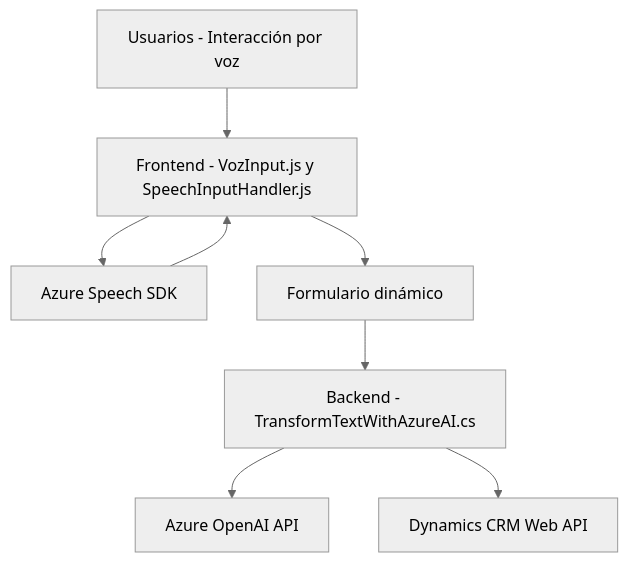
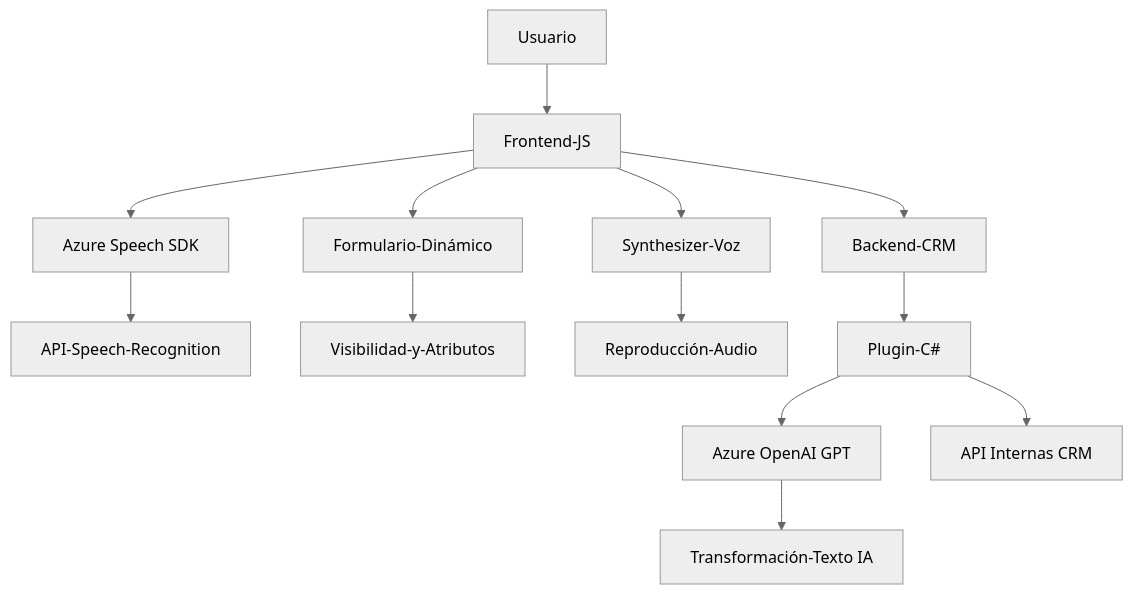
The diagram in README.md (blopezdm/NETCORE_BILBAO2025), drawn with Mermaid (neutral theme) before and after one commit. The commit also changed other lines of this file, not shown here.

````diff
--- a/README.md
+++ b/README.md
@@ -37,18 +59,15 @@
 ```mermaid
 graph TD
-    A["Frontend - VozInput.js y SpeechInputHandler.js"]
-    B["Backend - TransformTextWithAzureAI.cs"]
-    C["Azure Speech SDK"]
-    D["Azure OpenAI API"]
-    E["Dynamics CRM Web API"]
-    F["Formulario dinámico"]
-    G["Usuarios - Interacción por voz"]
-
-    G --> A
-    A --> F
-    F --> B
-    A --> C
-    B --> D
-    B --> E
-    C --> A
+    A["Usuario"] --> B["Frontend-JS"] 
+    B --> C["Azure Speech SDK"]
+    C --> D["API-Speech-Recognition"]
+    B --> E["Formulario-Dinámico"]
+    E --> F["Visibilidad-y-Atributos"]
+    B --> G["Synthesizer-Voz"]
+    G --> H["Reproducción-Audio"]
+    B --> I["Backend-CRM"]
+    I --> J["Plugin-C#"]
+    J --> K["Azure OpenAI GPT"]
+    K --> L["Transformación-Texto IA"]
+    J --> M["API Internas CRM"]
 ```
````
